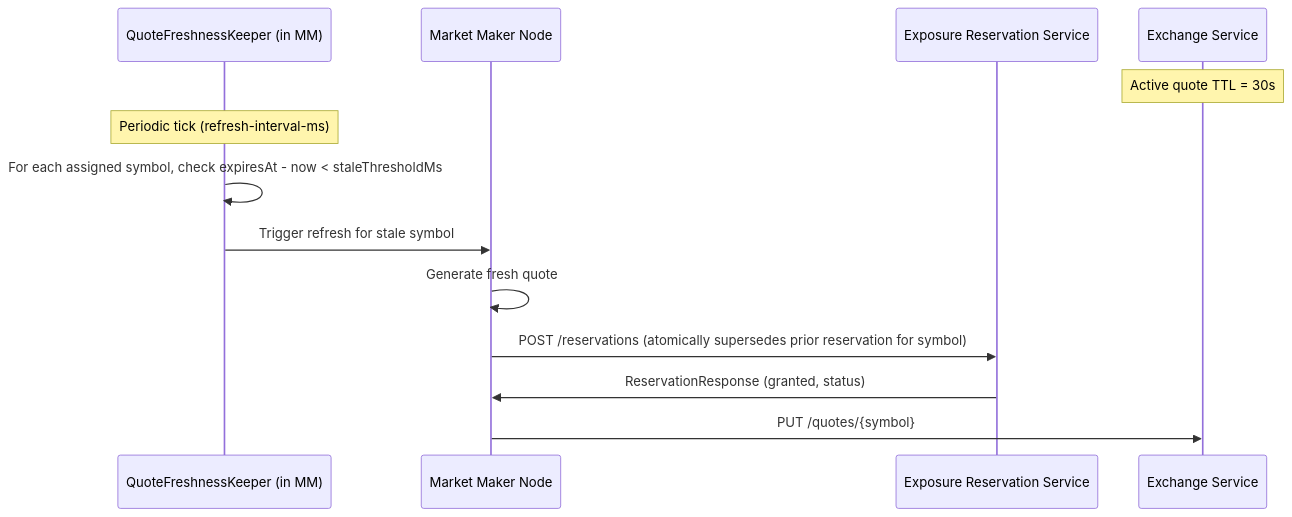
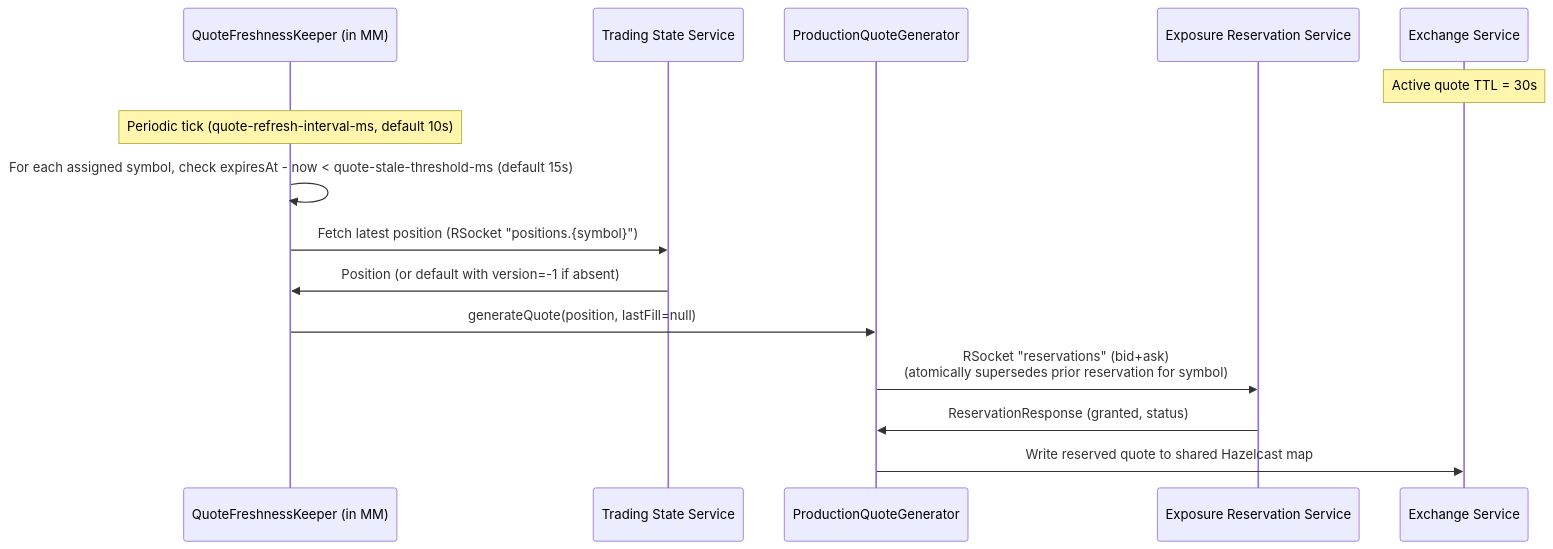
One commit to TaniDiament/Velocity-Trading changed the ninth of 12 diagrams in docs/workflows.md. Above: the diagram before and after it, drawn with Mermaid. The commit also changed other lines of this file, not shown here.

````diff
--- a/docs/workflows.md
+++ b/docs/workflows.md
@@ -136,15 +138,17 @@
 ```mermaid
 sequenceDiagram
   participant keeper as QuoteFreshnessKeeper (in MM)
-  participant maker as Market Maker Node
+  participant state as Trading State Service
+  participant generator as ProductionQuoteGenerator
   participant reservation as Exposure Reservation Service
   participant exchange as Exchange Service
   Note over exchange: Active quote TTL = 30s
-  Note over keeper: Periodic tick (refresh-interval-ms)
-  keeper->>keeper: For each assigned symbol, check expiresAt - now < staleThresholdMs
-  keeper->>maker: Trigger refresh for stale symbol
-  maker->>maker: Generate fresh quote
-  maker->>reservation: POST /reservations (atomically supersedes prior reservation for symbol)
-  reservation->>maker: ReservationResponse (granted, status)
-  maker->>exchange: PUT /quotes/{symbol}
+  Note over keeper: Periodic tick (quote-refresh-interval-ms, default 10s)
+  keeper->>keeper: For each assigned symbol, check expiresAt - now < quote-stale-threshold-ms (default 15s)
+  keeper->>state: Fetch latest position (RSocket "positions.{symbol}")
+  state->>keeper: Position (or default with version=-1 if absent)
+  keeper->>generator: generateQuote(position, lastFill=null)
+  generator->>reservation: RSocket "reservations" (bid+ask)<br/>(atomically supersedes prior reservation for symbol)
+  reservation->>generator: ReservationResponse (granted, status)
+  generator->>exchange: Write reserved quote to shared Hazelcast map
 ```
````
